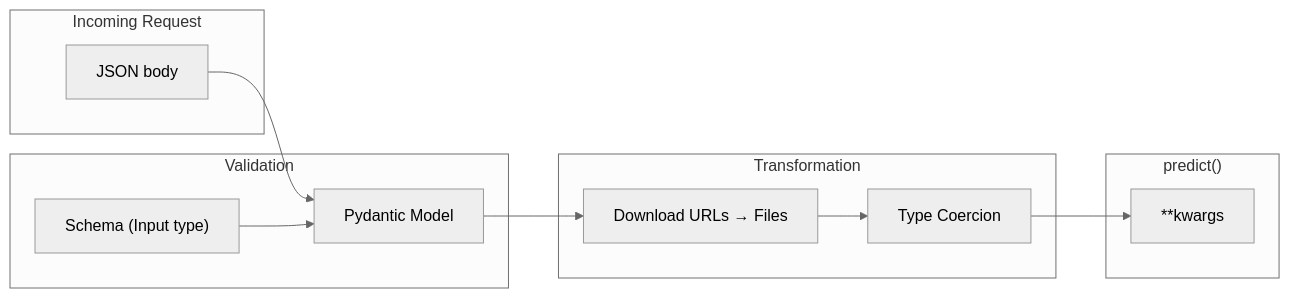
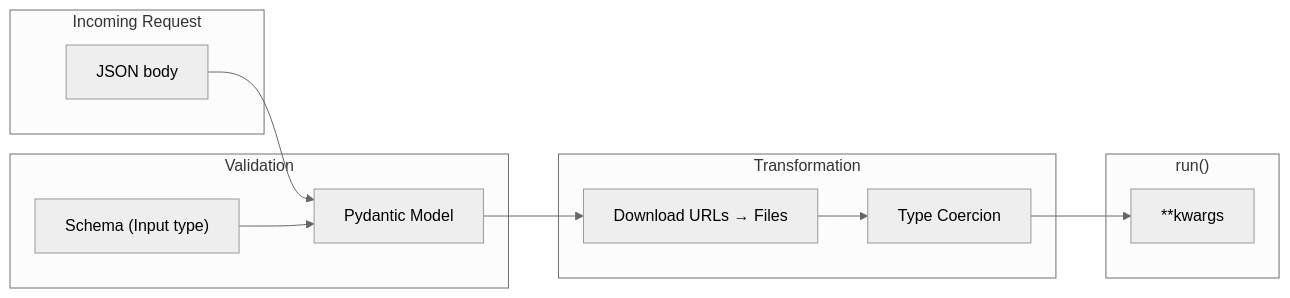
One commit to replicate/cog changed the second of 4 diagrams in architecture/legacy/03-prediction-api.md. Above: the diagram before and after it, drawn with Mermaid (neutral theme). The commit also changed other lines of this file and 21 other files, not shown here.

````diff
--- a/architecture/legacy/03-prediction-api.md
+++ b/architecture/legacy/03-prediction-api.md
@@ -125,26 +125,26 @@
 ```mermaid
 flowchart LR
     subgraph request["Incoming Request"]
         json["JSON body"]
     end
     
     subgraph validation["Validation"]
         schema["Schema (Input type)"]
         pydantic["Pydantic Model"]
     end
     
     subgraph transform["Transformation"]
         download["Download URLs → Files"]
         coerce["Type Coercion"]
     end
     
-    subgraph predict["predict()"]
+    subgraph run_method["run()"]
         kwargs["**kwargs"]
     end
     
     json --> pydantic
     schema --> pydantic
     pydantic --> download
     download --> coerce
     coerce --> kwargs
 ```
````
